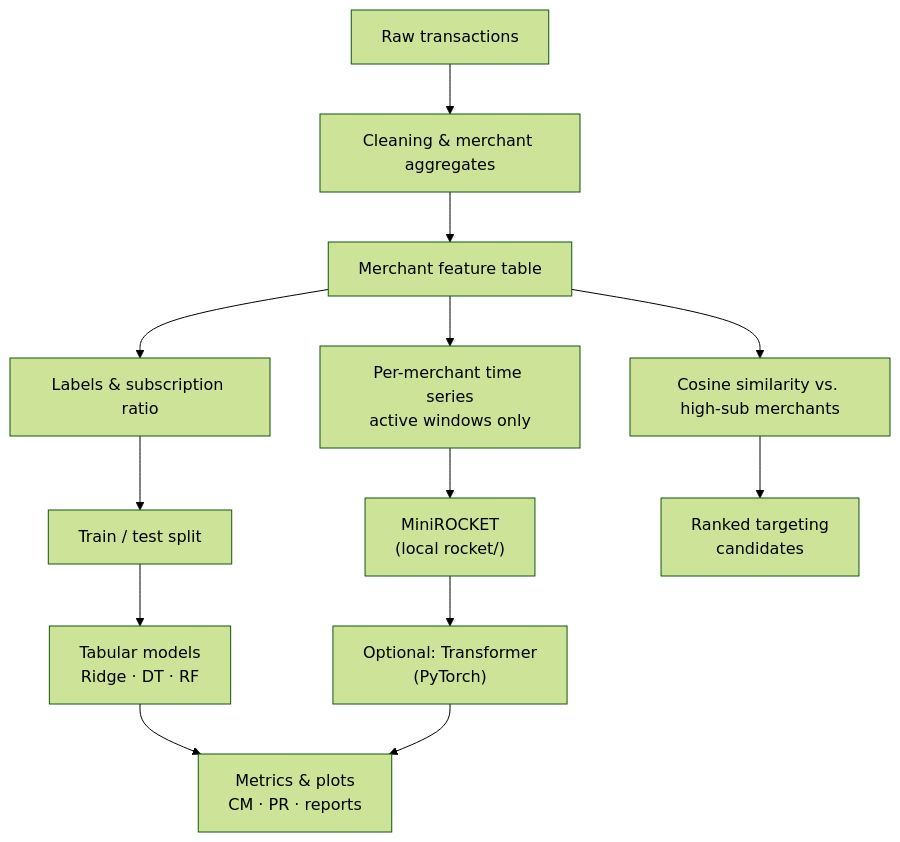
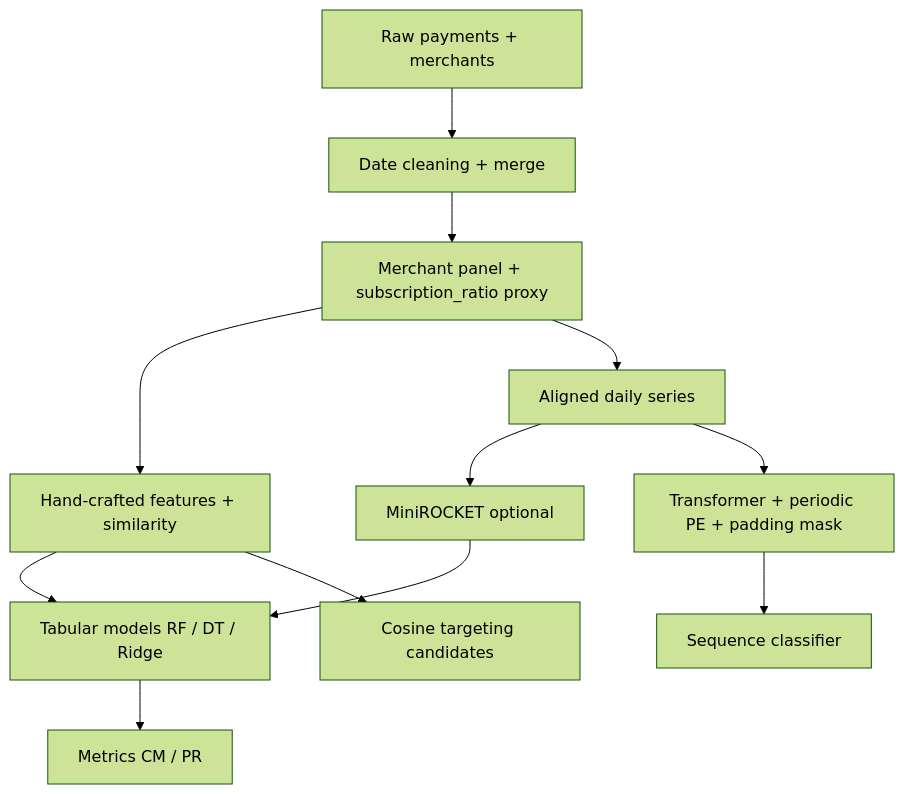
The diagram in README.md (alirezakesha/stripe-recurrence-score), drawn with Mermaid (forest theme) before and after one commit. The commit also changed other lines of this file, not shown here.

````diff
--- a/README.md
+++ b/README.md
@@ -26,15 +138,14 @@
 ```mermaid
 flowchart TD
-    A[Raw transactions] --> B[Cleaning & merchant aggregates]
-    B --> C[Merchant feature table]
-    C --> D[Labels & subscription ratio]
-    C --> E[Cosine similarity vs. high-sub merchants]
-    D --> F[Train / test split]
-    F --> G["Tabular models<br/>Ridge · DT · RF"]
-    C --> H["Per-merchant time series<br/>active windows only"]
-    H --> I["MiniROCKET<br/>(local rocket/)"]
-    I --> J["Optional: Transformer<br/>(PyTorch)"]
-    G --> K["Metrics & plots<br/>CM · PR · reports"]
-    E --> L["Ranked targeting<br/>candidates"]
-    J --> K
+    A[Raw payments + merchants] --> B[Date cleaning + merge]
+    B --> C[Merchant panel + subscription_ratio proxy]
+    C --> D[Hand-crafted features + similarity]
+    C --> E[Aligned daily series]
+    E --> F[MiniROCKET optional]
+    E --> G[Transformer + periodic PE + padding mask]
+    D --> H[Tabular models RF / DT / Ridge]
+    F --> H
+    G --> I[Sequence classifier]
+    H --> J[Metrics CM / PR]
+    D --> K[Cosine targeting candidates]
 ```
````
